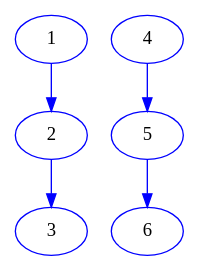
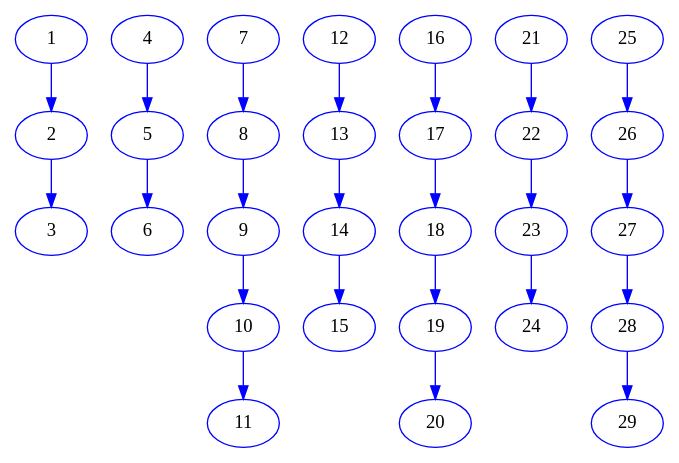
One commit to xinguohua/AFLNetStatusNeu changed the diagram in out-live555/ippsm.dot. Above: the diagram before and after it, drawn with Graphviz. The commit also changed 22 other files, not shown here.

```diff
--- a/out-live555/ippsm.dot
+++ b/out-live555/ippsm.dot
@@ -1,18 +1,77 @@
 digraph "path-g" {
 	node [color=black];
 	edge [color=black];
 	1	[color=blue];
 	2	[color=blue];
 	1 -> 2	[key=new_edge,
 		color=blue];
 	3	[color=blue];
 	2 -> 3	[key=new_edge,
 		color=blue];
 	4	[color=blue];
 	5	[color=blue];
 	4 -> 5	[key=new_edge,
 		color=blue];
 	6	[color=blue];
 	5 -> 6	[key=new_edge,
 		color=blue];
+	7	[color=blue];
+	8	[color=blue];
+	7 -> 8	[key=new_edge,
+		color=blue];
+	9	[color=blue];
+	8 -> 9	[key=new_edge,
+		color=blue];
+	10	[color=blue];
+	9 -> 10	[key=new_edge,
+		color=blue];
+	11	[color=blue];
+	10 -> 11	[key=new_edge,
+		color=blue];
+	12	[color=blue];
+	13	[color=blue];
+	12 -> 13	[key=new_edge,
+		color=blue];
+	14	[color=blue];
+	13 -> 14	[key=new_edge,
+		color=blue];
+	15	[color=blue];
+	14 -> 15	[key=new_edge,
+		color=blue];
+	16	[color=blue];
+	17	[color=blue];
+	16 -> 17	[key=new_edge,
+		color=blue];
+	18	[color=blue];
+	17 -> 18	[key=new_edge,
+		color=blue];
+	19	[color=blue];
+	18 -> 19	[key=new_edge,
+		color=blue];
+	20	[color=blue];
+	19 -> 20	[key=new_edge,
+		color=blue];
+	21	[color=blue];
+	22	[color=blue];
+	21 -> 22	[key=new_edge,
+		color=blue];
+	23	[color=blue];
+	22 -> 23	[key=new_edge,
+		color=blue];
+	24	[color=blue];
+	23 -> 24	[key=new_edge,
+		color=blue];
+	25	[color=blue];
+	26	[color=blue];
+	25 -> 26	[key=new_edge,
+		color=blue];
+	27	[color=blue];
+	26 -> 27	[key=new_edge,
+		color=blue];
+	28	[color=blue];
+	27 -> 28	[key=new_edge,
+		color=blue];
+	29	[color=blue];
+	28 -> 29	[key=new_edge,
+		color=blue];
 }
```
